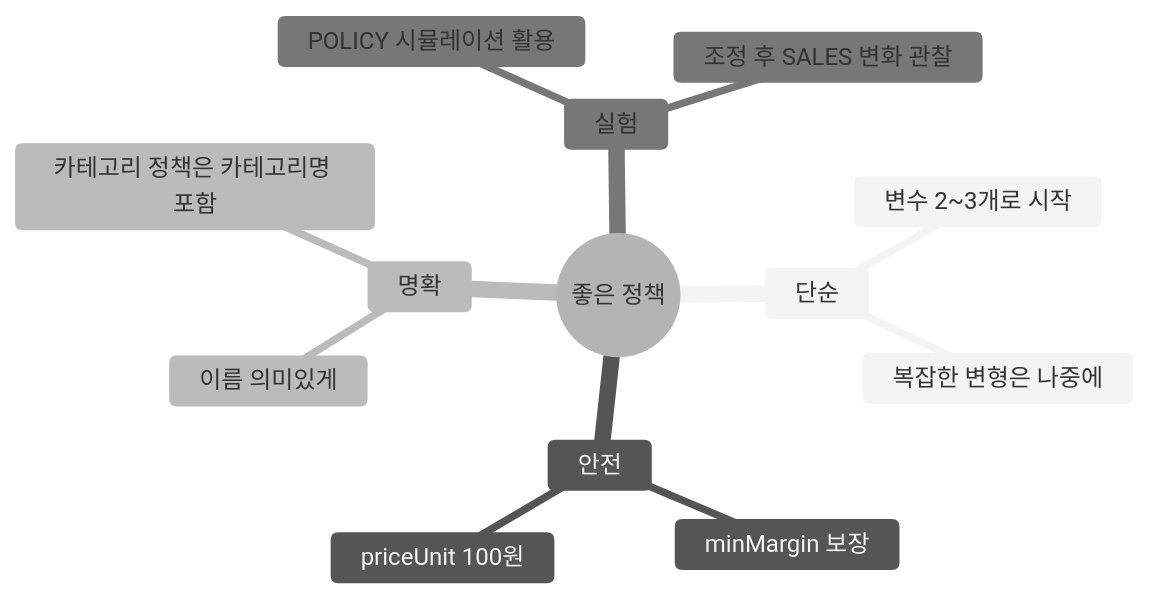
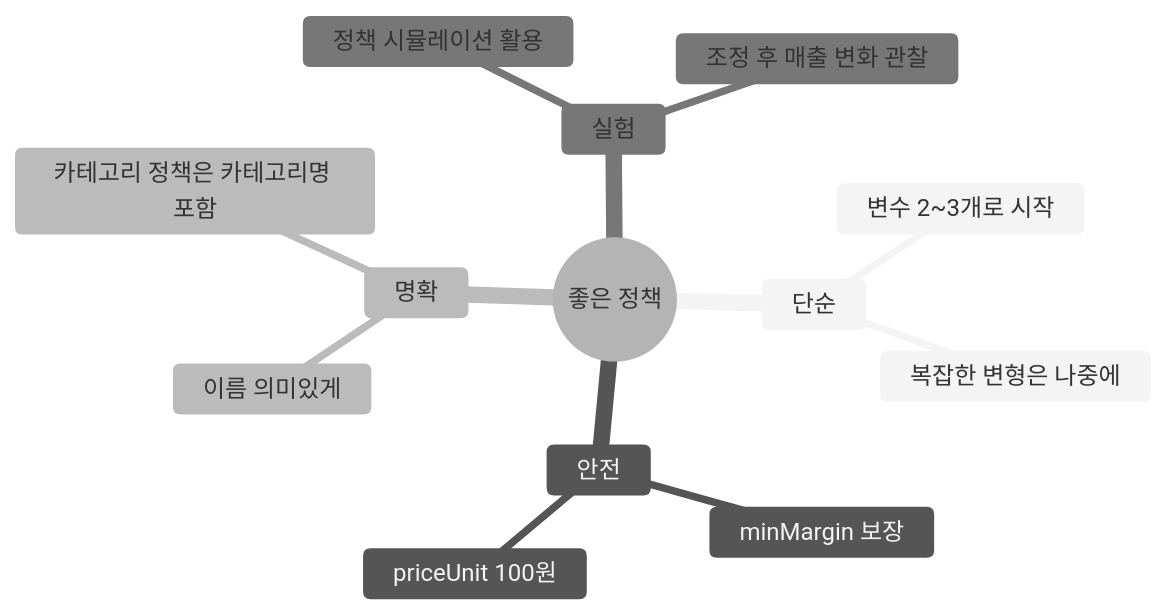
One commit to cksdud5785-design/lonit-manual changed the tenth of 10 diagrams in docs/07-pricing.md. Above: the diagram before and after it, drawn with Mermaid (neutral theme). The commit also changed other lines of this file and 4 other files, not shown here.

First line of the commit message:
fix: mermaid 라벨 false positive 한국어 복원

````diff
--- a/docs/07-pricing.md
+++ b/docs/07-pricing.md
@@ -305,16 +305,16 @@
 ```mermaid
 mindmap
   root((좋은 정책))
     단순
       변수 2~3개로 시작
       복잡한 변형은 나중에
     안전
       minMargin 보장
       priceUnit 100원
     명확
       이름 의미있게
       카테고리 정책은 카테고리명 포함
     실험
-      POLICY 시뮬레이션 활용
-      조정 후 SALES 변화 관찰
+      정책 시뮬레이션 활용
+      조정 후 매출 변화 관찰
 ```
````
